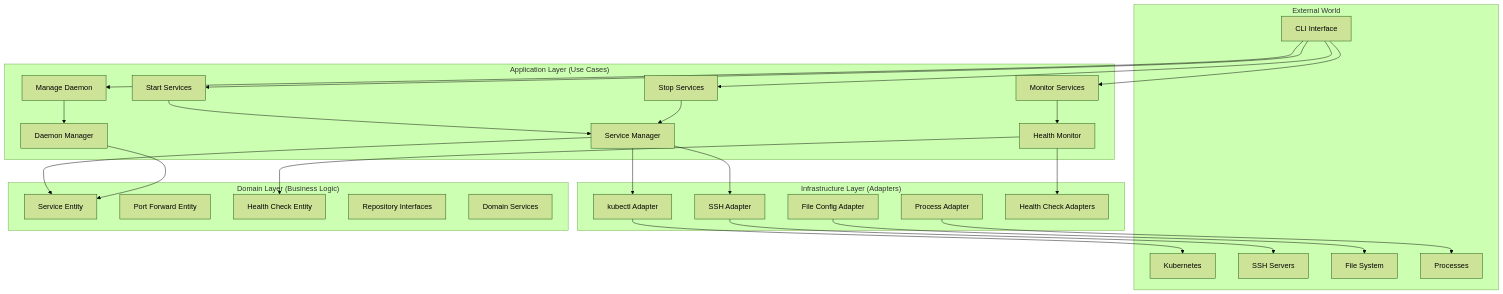
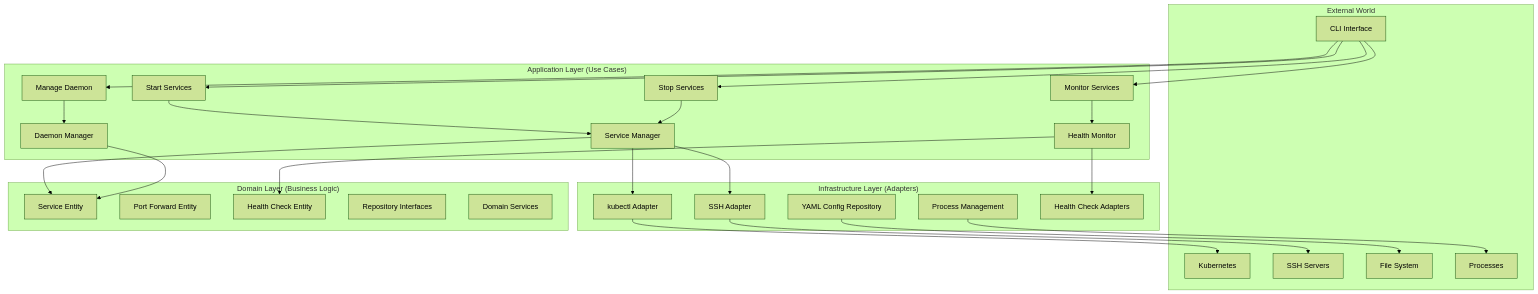
Before and after one commit to dawsonlp/localport: the first of 5 diagrams in docs/architecture.md, drawn with Mermaid (forest theme). The commit also changed other lines of this file and 7 other files, not shown here.

````diff
--- a/docs/architecture.md
+++ b/docs/architecture.md
@@ -11,59 +14,59 @@
 ```mermaid
 graph TB
     subgraph "External World"
         CLI[CLI Interface]
         K8S[Kubernetes]
         SSH[SSH Servers]
         FS[File System]
         PROC[Processes]
     end
-    
+
     subgraph "Infrastructure Layer (Adapters)"
         KCLI[kubectl Adapter]
         SSHA[SSH Adapter]
-        FCONF[File Config Adapter]
-        PROCA[Process Adapter]
+        FCONF[YAML Config Repository]
+        PROCA[Process Management]
         HCHK[Health Check Adapters]
     end
-    
+
     subgraph "Application Layer (Use Cases)"
         START[Start Services]
         STOP[Stop Services]
         MONITOR[Monitor Services]
         DAEMON[Manage Daemon]
         SVCMGR[Service Manager]
         HMON[Health Monitor]
         DMGR[Daemon Manager]
     end
-    
+
     subgraph "Domain Layer (Business Logic)"
         SVC[Service Entity]
         PF[Port Forward Entity]
         HC[Health Check Entity]
         REPO[Repository Interfaces]
         DOMAIN[Domain Services]
     end
-    
+
     CLI --> START
     CLI --> STOP
     CLI --> MONITOR
     CLI --> DAEMON
-    
+
     START --> SVCMGR
     STOP --> SVCMGR
     MONITOR --> HMON
     DAEMON --> DMGR
-    
+
     SVCMGR --> SVC
     HMON --> HC
     DMGR --> SVC
-    
+
     SVCMGR --> KCLI
     SVCMGR --> SSHA
     HMON --> HCHK
-    
+
     KCLI --> K8S
     SSHA --> SSH
     FCONF --> FS
     PROCA --> PROC
 ```
````
